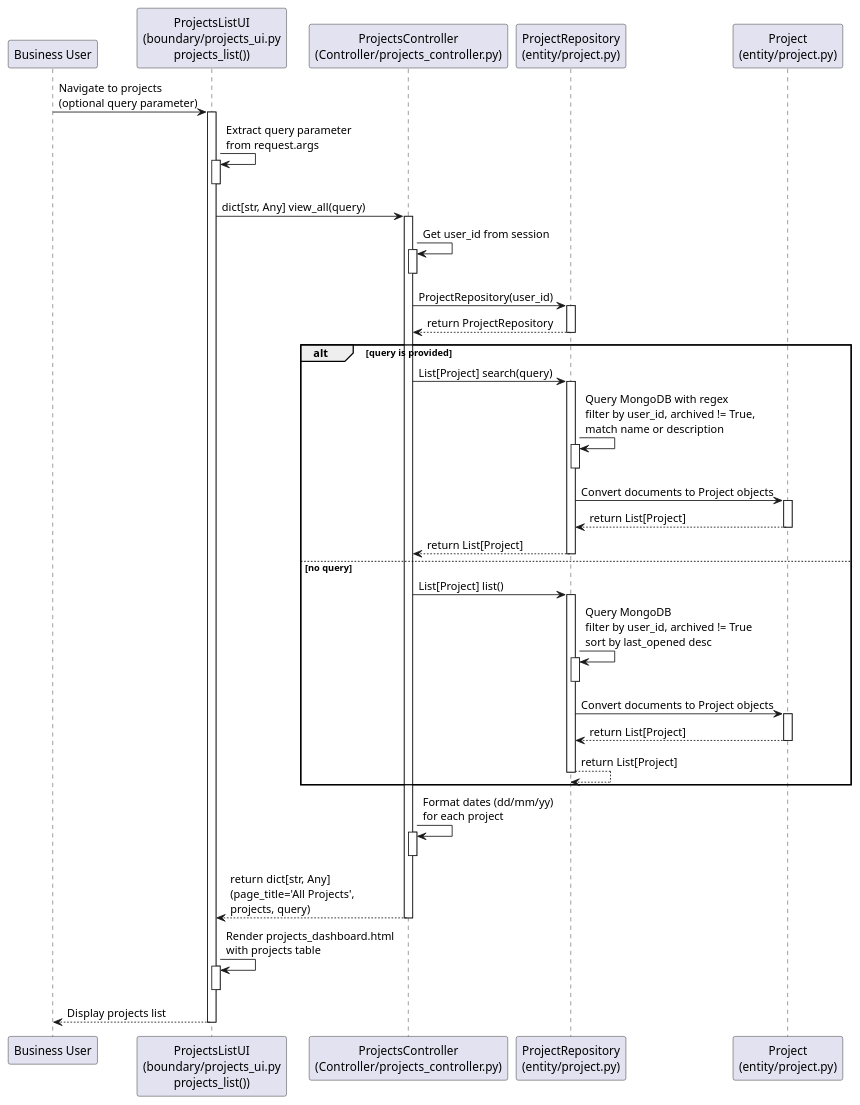
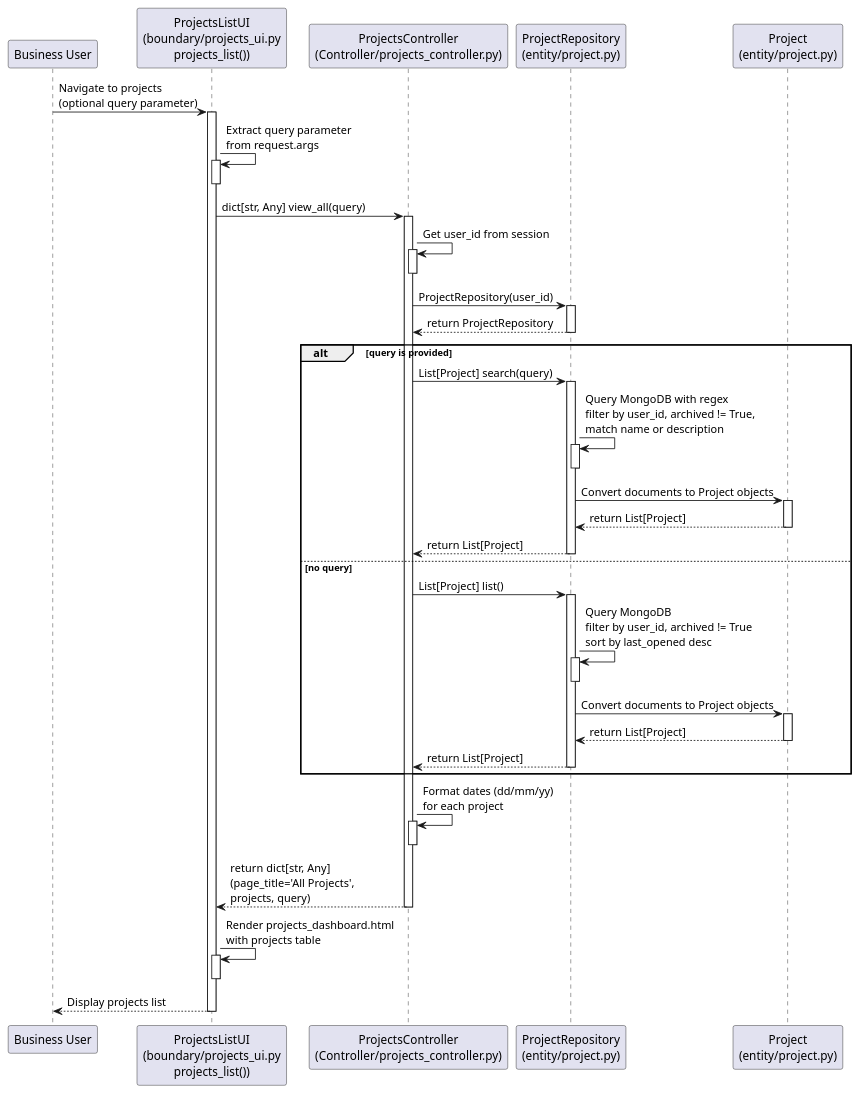
Before and after one commit to GTMGRADE/orbitlink-fyp-2025: the diagram in docs/sequence_diagrams/view_projects.puml, drawn with PlantUML. The commit also changed 1 other file, not shown here.

Commit message:
Fix control flow arrow in view_projects.puml and make README portable

```diff
--- a/docs/sequence_diagrams/view_projects.puml
+++ b/docs/sequence_diagrams/view_projects.puml
@@ -1,76 +1,76 @@
 @startuml view_projects
 
 ' Component definitions
 participant "Business User" as User
 participant "ProjectsListUI\n(boundary/projects_ui.py\nprojects_list())" as ProjectsListUI
 participant "ProjectsController\n(Controller/projects_controller.py)" as ProjectsController
 participant "ProjectRepository\n(entity/project.py)" as ProjectRepository
 participant "Project\n(entity/project.py)" as Project
 
 ' Sequence flow
 User -> ProjectsListUI: Navigate to projects\n(optional query parameter)
 activate ProjectsListUI
 
 ProjectsListUI -> ProjectsListUI: Extract query parameter\nfrom request.args
 activate ProjectsListUI
 deactivate ProjectsListUI
 
 ProjectsListUI -> ProjectsController: dict[str, Any] view_all(query)
 activate ProjectsController
 
 ProjectsController -> ProjectsController: Get user_id from session
 activate ProjectsController
 deactivate ProjectsController
 
 ProjectsController -> ProjectRepository: ProjectRepository(user_id)
 activate ProjectRepository
 ProjectRepository --> ProjectsController: return ProjectRepository
 deactivate ProjectRepository
 
 alt query is provided
     ProjectsController -> ProjectRepository: List[Project] search(query)
     activate ProjectRepository
     
     ProjectRepository -> ProjectRepository: Query MongoDB with regex\nfilter by user_id, archived != True,\nmatch name or description
     activate ProjectRepository
     deactivate ProjectRepository
     
     ProjectRepository -> Project: Convert documents to Project objects
     activate Project
     Project --> ProjectRepository: return List[Project]
     deactivate Project
     
     ProjectRepository --> ProjectsController: return List[Project]
     deactivate ProjectRepository
 else no query
     ProjectsController -> ProjectRepository: List[Project] list()
     activate ProjectRepository
     
     ProjectRepository -> ProjectRepository: Query MongoDB\nfilter by user_id, archived != True\nsort by last_opened desc
     activate ProjectRepository
     deactivate ProjectRepository
     
     ProjectRepository -> Project: Convert documents to Project objects
     activate Project
     Project --> ProjectRepository: return List[Project]
     deactivate Project
     
-    ProjectRepository --> ProjectRepository: return List[Project]
+    ProjectRepository --> ProjectsController: return List[Project]
     deactivate ProjectRepository
 end
 
 ProjectsController -> ProjectsController: Format dates (dd/mm/yy)\nfor each project
 activate ProjectsController
 deactivate ProjectsController
 
 ProjectsController --> ProjectsListUI: return dict[str, Any]\n(page_title='All Projects',\nprojects, query)
 deactivate ProjectsController
 
 ProjectsListUI -> ProjectsListUI: Render projects_dashboard.html\nwith projects table
 activate ProjectsListUI
 deactivate ProjectsListUI
 
 ProjectsListUI --> User: Display projects list
 deactivate ProjectsListUI
 
 @enduml
```
